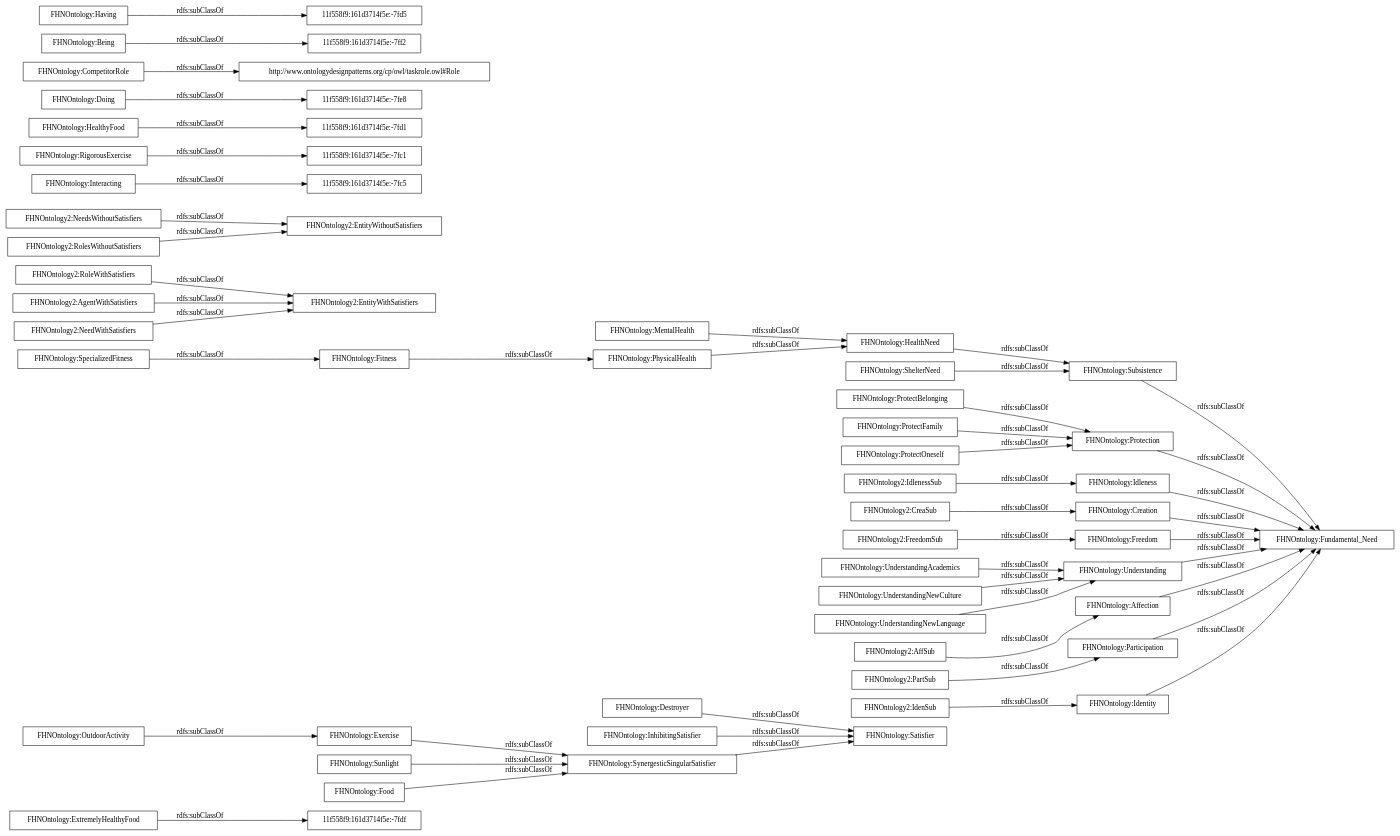
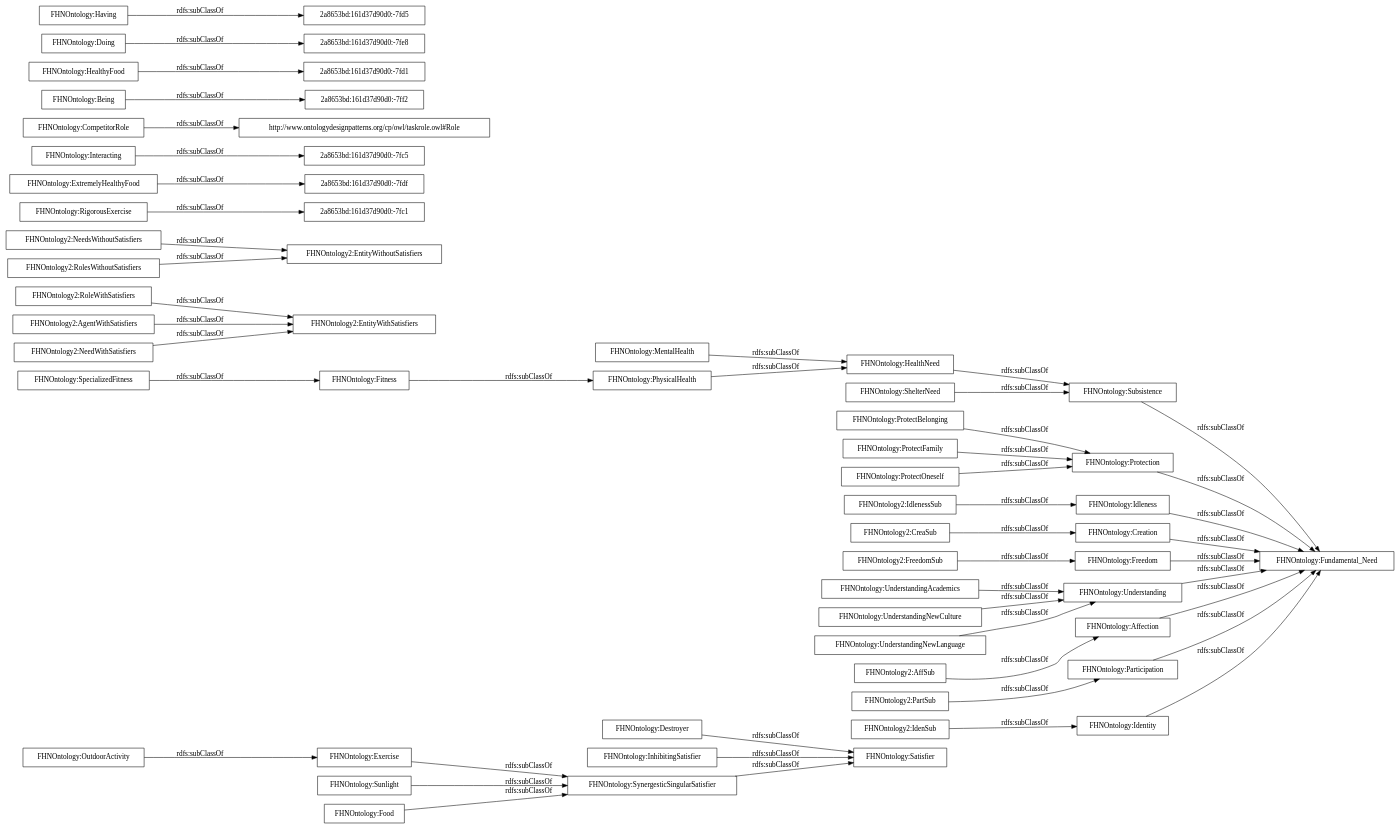
One commit to OnToologyUser/Propsed-Ontology changed the diagram in OnToology/FHNOntology.owl/diagrams/ar2dtool-taxonomy/FHNOntology.owl.png.dot. Above: the diagram before and after it, drawn with Graphviz. The commit also changed 61 other files, not shown here.

```diff
--- a/OnToology/FHNOntology.owl/diagrams/ar2dtool-taxonomy/FHNOntology.owl.png.dot
+++ b/OnToology/FHNOntology.owl/diagrams/ar2dtool-taxonomy/FHNOntology.owl.png.dot
@@ -1,53 +1,53 @@
 digraph ar2dtool_diagram { 
 rankdir=LR;
 size="1000"
-node [shape = rectangle, color="black"]; "11f558f9:161d3714f5e:-7fdf" "FHNOntology:SynergesticSingularSatisfier" "FHNOntology:Identity" "FHNOntology2:EntityWithSatisfiers" "FHNOntology2:FreedomSub" "FHNOntology2:NeedsWithoutSatisfiers" "FHNOntology:Exercise" "FHNOntology:ProtectBelonging" "11f558f9:161d3714f5e:-7fc5" "FHNOntology:ProtectFamily" "FHNOntology:Destroyer" "FHNOntology2:IdenSub" "FHNOntology:Subsistence" "FHNOntology:OutdoorActivity" "FHNOntology2:RolesWithoutSatisfiers" "FHNOntology2:CreaSub" "FHNOntology:RigorousExercise" "FHNOntology2:PartSub" "FHNOntology2:RoleWithSatisfiers" "FHNOntology:Fitness" "FHNOntology:Protection" "11f558f9:161d3714f5e:-7fd1" "FHNOntology:Fundamental_Need" "FHNOntology:SpecializedFitness" "11f558f9:161d3714f5e:-7fe8" "FHNOntology2:EntityWithoutSatisfiers" "FHNOntology2:IdlenessSub" "http://www.ontologydesignpatterns.org/cp/owl/taskrole.owl#Role" "FHNOntology:UnderstandingAcademics" "FHNOntology:InhibitingSatisfier" "FHNOntology:Idleness" "11f558f9:161d3714f5e:-7ff2" "FHNOntology:Creation" "FHNOntology:Being" "FHNOntology:UnderstandingNewCulture" "FHNOntology:Freedom" "FHNOntology:MentalHealth" "FHNOntology:Understanding" "11f558f9:161d3714f5e:-7fd5" "FHNOntology:HealthyFood" "FHNOntology:Affection" "FHNOntology:Satisfier" "FHNOntology2:AgentWithSatisfiers" "FHNOntology:UnderstandingNewLanguage" "FHNOntology:HealthNeed" "FHNOntology2:NeedWithSatisfiers" "FHNOntology:PhysicalHealth" "11f558f9:161d3714f5e:-7fc1" "FHNOntology:Doing" "FHNOntology:Interacting" "FHNOntology2:AffSub" "FHNOntology:ShelterNeed" "FHNOntology:CompetitorRole" "FHNOntology:Having" "FHNOntology:ProtectOneself" "FHNOntology:Sunlight" "FHNOntology:Food" "FHNOntology:Participation" "FHNOntology:ExtremelyHealthyFood" ; /*classes style*/
-	"FHNOntology:Interacting" -> "11f558f9:161d3714f5e:-7fc5" [ label = "rdfs:subClassOf" ];
+node [shape = rectangle, color="black"]; "FHNOntology:SynergesticSingularSatisfier" "FHNOntology:Identity" "FHNOntology2:EntityWithSatisfiers" "FHNOntology2:FreedomSub" "FHNOntology2:NeedsWithoutSatisfiers" "2a8653bd:161d37d90d0:-7fc1" "FHNOntology:Exercise" "FHNOntology:ProtectBelonging" "FHNOntology:ProtectFamily" "FHNOntology:Destroyer" "FHNOntology2:IdenSub" "FHNOntology:Subsistence" "FHNOntology:OutdoorActivity" "FHNOntology2:RolesWithoutSatisfiers" "FHNOntology2:CreaSub" "FHNOntology:RigorousExercise" "2a8653bd:161d37d90d0:-7fdf" "FHNOntology2:PartSub" "FHNOntology2:RoleWithSatisfiers" "FHNOntology:Fitness" "FHNOntology:Protection" "FHNOntology:Fundamental_Need" "FHNOntology:SpecializedFitness" "2a8653bd:161d37d90d0:-7fc5" "FHNOntology2:EntityWithoutSatisfiers" "FHNOntology2:IdlenessSub" "http://www.ontologydesignpatterns.org/cp/owl/taskrole.owl#Role" "FHNOntology:UnderstandingAcademics" "FHNOntology:InhibitingSatisfier" "FHNOntology:Idleness" "FHNOntology:Creation" "FHNOntology:Being" "FHNOntology:UnderstandingNewCulture" "FHNOntology:Freedom" "FHNOntology:Understanding" "FHNOntology:MentalHealth" "2a8653bd:161d37d90d0:-7fd1" "FHNOntology:HealthyFood" "FHNOntology:Affection" "FHNOntology:Satisfier" "FHNOntology2:AgentWithSatisfiers" "2a8653bd:161d37d90d0:-7fe8" "FHNOntology:UnderstandingNewLanguage" "FHNOntology:HealthNeed" "FHNOntology2:NeedWithSatisfiers" "FHNOntology:PhysicalHealth" "FHNOntology:Doing" "FHNOntology:Interacting" "2a8653bd:161d37d90d0:-7ff2" "FHNOntology2:AffSub" "FHNOntology:ShelterNeed" "FHNOntology:CompetitorRole" "FHNOntology:Having" "FHNOntology:ProtectOneself" "FHNOntology:Sunlight" "FHNOntology:Food" "FHNOntology:Participation" "2a8653bd:161d37d90d0:-7fd5" "FHNOntology:ExtremelyHealthyFood" ; /*classes style*/
+	"FHNOntology:Interacting" -> "2a8653bd:161d37d90d0:-7fc5" [ label = "rdfs:subClassOf" ];
 	"FHNOntology:UnderstandingNewCulture" -> "FHNOntology:Understanding" [ label = "rdfs:subClassOf" ];
 	"FHNOntology:PhysicalHealth" -> "FHNOntology:HealthNeed" [ label = "rdfs:subClassOf" ];
 	"FHNOntology:Creation" -> "FHNOntology:Fundamental_Need" [ label = "rdfs:subClassOf" ];
 	"FHNOntology:Exercise" -> "FHNOntology:SynergesticSingularSatisfier" [ label = "rdfs:subClassOf" ];
 	"FHNOntology:Food" -> "FHNOntology:SynergesticSingularSatisfier" [ label = "rdfs:subClassOf" ];
 	"FHNOntology:Affection" -> "FHNOntology:Fundamental_Need" [ label = "rdfs:subClassOf" ];
 	"FHNOntology:Identity" -> "FHNOntology:Fundamental_Need" [ label = "rdfs:subClassOf" ];
 	"FHNOntology:UnderstandingAcademics" -> "FHNOntology:Understanding" [ label = "rdfs:subClassOf" ];
 	"FHNOntology2:FreedomSub" -> "FHNOntology:Freedom" [ label = "rdfs:subClassOf" ];
 	"FHNOntology2:RolesWithoutSatisfiers" -> "FHNOntology2:EntityWithoutSatisfiers" [ label = "rdfs:subClassOf" ];
 	"FHNOntology:InhibitingSatisfier" -> "FHNOntology:Satisfier" [ label = "rdfs:subClassOf" ];
-	"FHNOntology:Being" -> "11f558f9:161d3714f5e:-7ff2" [ label = "rdfs:subClassOf" ];
+	"FHNOntology:Being" -> "2a8653bd:161d37d90d0:-7ff2" [ label = "rdfs:subClassOf" ];
 	"FHNOntology2:NeedWithSatisfiers" -> "FHNOntology2:EntityWithSatisfiers" [ label = "rdfs:subClassOf" ];
 	"FHNOntology:Subsistence" -> "FHNOntology:Fundamental_Need" [ label = "rdfs:subClassOf" ];
 	"FHNOntology:Participation" -> "FHNOntology:Fundamental_Need" [ label = "rdfs:subClassOf" ];
-	"FHNOntology:Doing" -> "11f558f9:161d3714f5e:-7fe8" [ label = "rdfs:subClassOf" ];
+	"FHNOntology:Doing" -> "2a8653bd:161d37d90d0:-7fe8" [ label = "rdfs:subClassOf" ];
 	"FHNOntology:SpecializedFitness" -> "FHNOntology:Fitness" [ label = "rdfs:subClassOf" ];
 	"FHNOntology:ShelterNeed" -> "FHNOntology:Subsistence" [ label = "rdfs:subClassOf" ];
 	"FHNOntology:Understanding" -> "FHNOntology:Fundamental_Need" [ label = "rdfs:subClassOf" ];
 	"FHNOntology:Fitness" -> "FHNOntology:PhysicalHealth" [ label = "rdfs:subClassOf" ];
 	"FHNOntology:UnderstandingNewLanguage" -> "FHNOntology:Understanding" [ label = "rdfs:subClassOf" ];
 	"FHNOntology:Destroyer" -> "FHNOntology:Satisfier" [ label = "rdfs:subClassOf" ];
 	"FHNOntology2:RoleWithSatisfiers" -> "FHNOntology2:EntityWithSatisfiers" [ label = "rdfs:subClassOf" ];
 	"FHNOntology:CompetitorRole" -> "http://www.ontologydesignpatterns.org/cp/owl/taskrole.owl#Role" [ label = "rdfs:subClassOf" ];
 	"FHNOntology:ProtectFamily" -> "FHNOntology:Protection" [ label = "rdfs:subClassOf" ];
 	"FHNOntology:MentalHealth" -> "FHNOntology:HealthNeed" [ label = "rdfs:subClassOf" ];
 	"FHNOntology2:AgentWithSatisfiers" -> "FHNOntology2:EntityWithSatisfiers" [ label = "rdfs:subClassOf" ];
 	"FHNOntology2:PartSub" -> "FHNOntology:Participation" [ label = "rdfs:subClassOf" ];
 	"FHNOntology2:NeedsWithoutSatisfiers" -> "FHNOntology2:EntityWithoutSatisfiers" [ label = "rdfs:subClassOf" ];
 	"FHNOntology:Protection" -> "FHNOntology:Fundamental_Need" [ label = "rdfs:subClassOf" ];
 	"FHNOntology2:IdlenessSub" -> "FHNOntology:Idleness" [ label = "rdfs:subClassOf" ];
 	"FHNOntology:ProtectOneself" -> "FHNOntology:Protection" [ label = "rdfs:subClassOf" ];
 	"FHNOntology2:IdenSub" -> "FHNOntology:Identity" [ label = "rdfs:subClassOf" ];
 	"FHNOntology2:AffSub" -> "FHNOntology:Affection" [ label = "rdfs:subClassOf" ];
 	"FHNOntology:SynergesticSingularSatisfier" -> "FHNOntology:Satisfier" [ label = "rdfs:subClassOf" ];
 	"FHNOntology:OutdoorActivity" -> "FHNOntology:Exercise" [ label = "rdfs:subClassOf" ];
 	"FHNOntology:Freedom" -> "FHNOntology:Fundamental_Need" [ label = "rdfs:subClassOf" ];
 	"FHNOntology:HealthNeed" -> "FHNOntology:Subsistence" [ label = "rdfs:subClassOf" ];
 	"FHNOntology2:CreaSub" -> "FHNOntology:Creation" [ label = "rdfs:subClassOf" ];
-	"FHNOntology:RigorousExercise" -> "11f558f9:161d3714f5e:-7fc1" [ label = "rdfs:subClassOf" ];
-	"FHNOntology:ExtremelyHealthyFood" -> "11f558f9:161d3714f5e:-7fdf" [ label = "rdfs:subClassOf" ];
-	"FHNOntology:Having" -> "11f558f9:161d3714f5e:-7fd5" [ label = "rdfs:subClassOf" ];
+	"FHNOntology:RigorousExercise" -> "2a8653bd:161d37d90d0:-7fc1" [ label = "rdfs:subClassOf" ];
+	"FHNOntology:ExtremelyHealthyFood" -> "2a8653bd:161d37d90d0:-7fdf" [ label = "rdfs:subClassOf" ];
+	"FHNOntology:Having" -> "2a8653bd:161d37d90d0:-7fd5" [ label = "rdfs:subClassOf" ];
 	"FHNOntology:Idleness" -> "FHNOntology:Fundamental_Need" [ label = "rdfs:subClassOf" ];
 	"FHNOntology:ProtectBelonging" -> "FHNOntology:Protection" [ label = "rdfs:subClassOf" ];
 	"FHNOntology:Sunlight" -> "FHNOntology:SynergesticSingularSatisfier" [ label = "rdfs:subClassOf" ];
-	"FHNOntology:HealthyFood" -> "11f558f9:161d3714f5e:-7fd1" [ label = "rdfs:subClassOf" ];
+	"FHNOntology:HealthyFood" -> "2a8653bd:161d37d90d0:-7fd1" [ label = "rdfs:subClassOf" ];
 
 }
```
